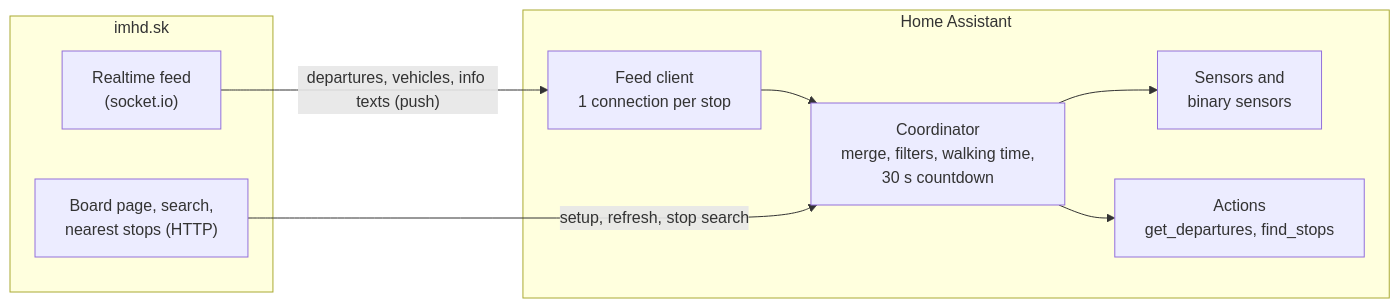
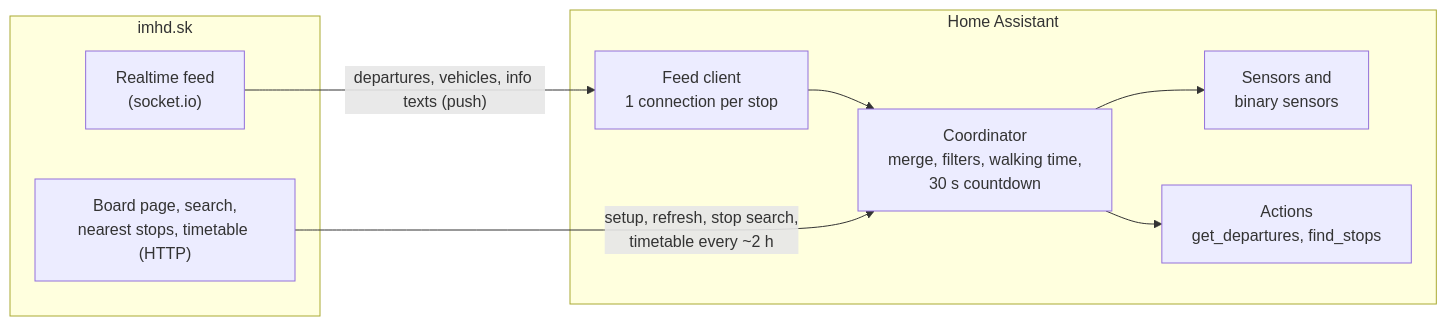
One commit to jakubfabrici/ha-imhd changed the diagram in README.md. Above: the diagram before and after it, drawn with Mermaid. The commit also changed other lines of this file and 32 other files, not shown here.

````diff
--- a/README.md
+++ b/README.md
@@ -94,16 +102,16 @@
 ```mermaid
 flowchart LR
     subgraph imhd["imhd.sk"]
         SIO["Realtime feed<br/>(socket.io)"]
-        WEB["Board page, search,<br/>nearest stops (HTTP)"]
+        WEB["Board page, search,<br/>nearest stops, timetable (HTTP)"]
     end
     subgraph ha["Home Assistant"]
         FEED["Feed client<br/>1 connection per stop"]
         COORD["Coordinator<br/>merge, filters, walking time,<br/>30 s countdown"]
         ENT["Sensors and<br/>binary sensors"]
         ACT["Actions<br/>get_departures, find_stops"]
     end
     SIO -- "departures, vehicles, info texts (push)" --> FEED --> COORD --> ENT
-    WEB -- "setup, refresh, stop search" --> COORD
+    WEB -- "setup, refresh, stop search,<br/>timetable every ~2 h" --> COORD
     COORD --> ACT
 ```
````
